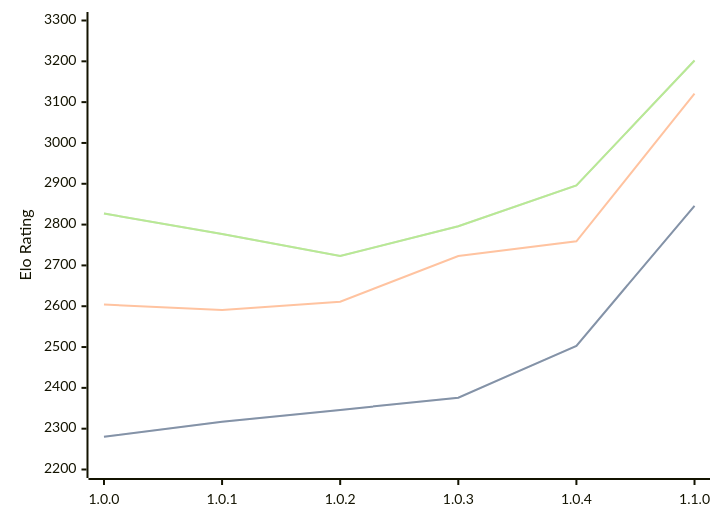
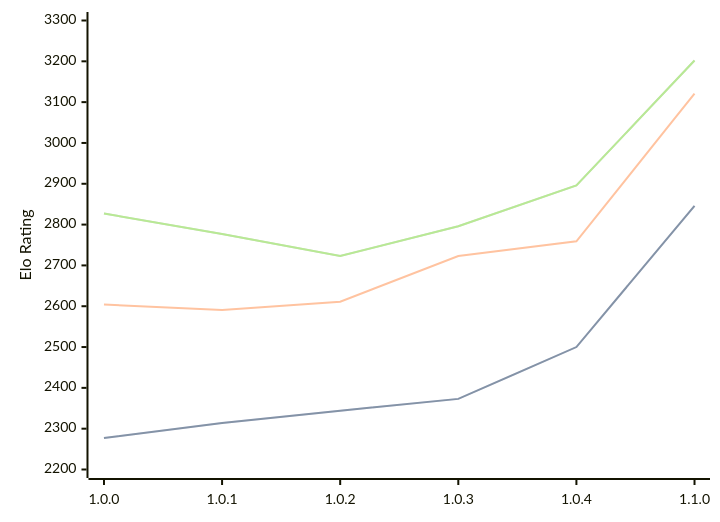
Before and after one commit to computer-chess-index/cci: the diagram in engines/Grail.md, drawn with Mermaid. The commit also changed other lines of this file, not shown here.

````diff
--- a/engines/Grail.md
+++ b/engines/Grail.md
@@ -34,11 +34,11 @@
 ```mermaid
 %%{init: {"theme":"base","themeVariables":{"seriesColors:['#a3a3a3','#222221','#faa371']}}}%%
 xychart-beta
   x-axis ["1.0.0", "1.0.1", "1.0.2", "1.0.3", "1.0.4", "1.1.0"]
   y-axis "Elo Rating" 2200 --> 3300
-  line "STC (8.0+0.08s)" [2280, 2317, 2346, 2376, 2503, 2846]
-  line "STC (8.0+0.08s)" [2280, 2317, 2346, 2376, 2503, 2846]
+  line "STC (8.0+0.08s)" [2277, 2314, 2344, 2373, 2500, 2846]
+  line "STC (8.0+0.08s)" [2277, 2314, 2344, 2373, 2500, 2846]
   line "LTC (60.0+0.60s)" [2604, 2591, 2611, 2723, 2759, 3121]
   line "VLTC (2m24s+1.12s)" [2827, 2777, 2723, 2796, 2896, 3202]
   line "VLTC (2m24s+1.12s)" [2827, 2777, 2723, 2796, 2896, 3202]
 ```
````
